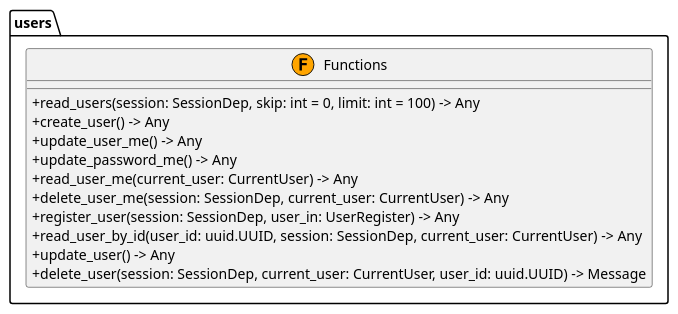
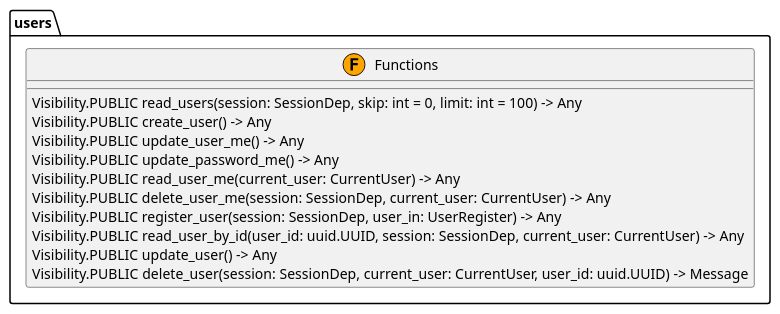
One commit to jswans33/my-full-stack-fastapi-template changed the diagram in docs/source/_generated_uml/users.puml. Above: the diagram before and after it, drawn with PlantUML. The commit also changed 62 other files, not shown here.

Commit message:
Add UML generator module and update visibility for functions in UML diagrams

```diff
--- a/docs/source/_generated_uml/users.puml
+++ b/docs/source/_generated_uml/users.puml
@@ -1,20 +1,20 @@
 @startuml
 skinparam classAttributeIconSize 0
 
 package "users" {
   class Functions <<(F,orange)>> {
-    + read_users(session: SessionDep, skip: int = 0, limit: int = 100) -> Any
-    + create_user() -> Any
-    + update_user_me() -> Any
-    + update_password_me() -> Any
-    + read_user_me(current_user: CurrentUser) -> Any
-    + delete_user_me(session: SessionDep, current_user: CurrentUser) -> Any
-    + register_user(session: SessionDep, user_in: UserRegister) -> Any
-    + read_user_by_id(user_id: uuid.UUID, session: SessionDep, current_user: CurrentUser) -> Any
-    + update_user() -> Any
-    + delete_user(session: SessionDep, current_user: CurrentUser, user_id: uuid.UUID) -> Message
+    Visibility.PUBLIC read_users(session: SessionDep, skip: int = 0, limit: int = 100) -> Any
+    Visibility.PUBLIC create_user() -> Any
+    Visibility.PUBLIC update_user_me() -> Any
+    Visibility.PUBLIC update_password_me() -> Any
+    Visibility.PUBLIC read_user_me(current_user: CurrentUser) -> Any
+    Visibility.PUBLIC delete_user_me(session: SessionDep, current_user: CurrentUser) -> Any
+    Visibility.PUBLIC register_user(session: SessionDep, user_in: UserRegister) -> Any
+    Visibility.PUBLIC read_user_by_id(user_id: uuid.UUID, session: SessionDep, current_user: CurrentUser) -> Any
+    Visibility.PUBLIC update_user() -> Any
+    Visibility.PUBLIC delete_user(session: SessionDep, current_user: CurrentUser, user_id: uuid.UUID) -> Message
   }
 }
 
 ' Relationships
 @enduml
```
